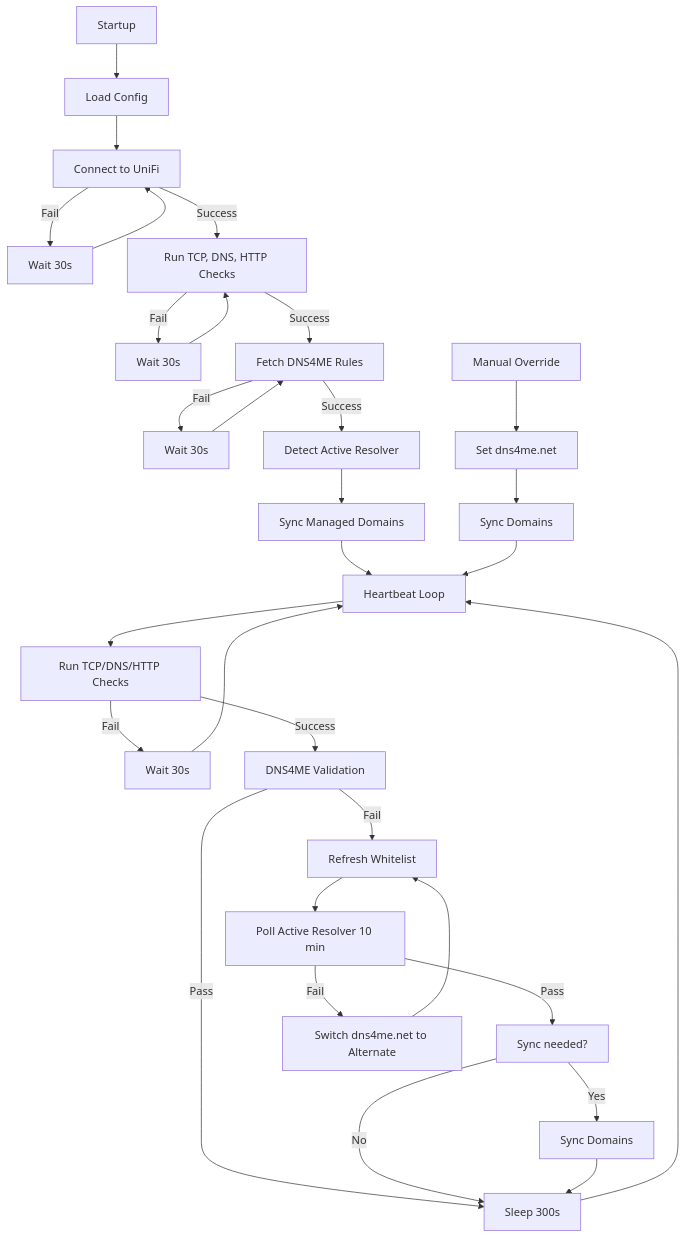
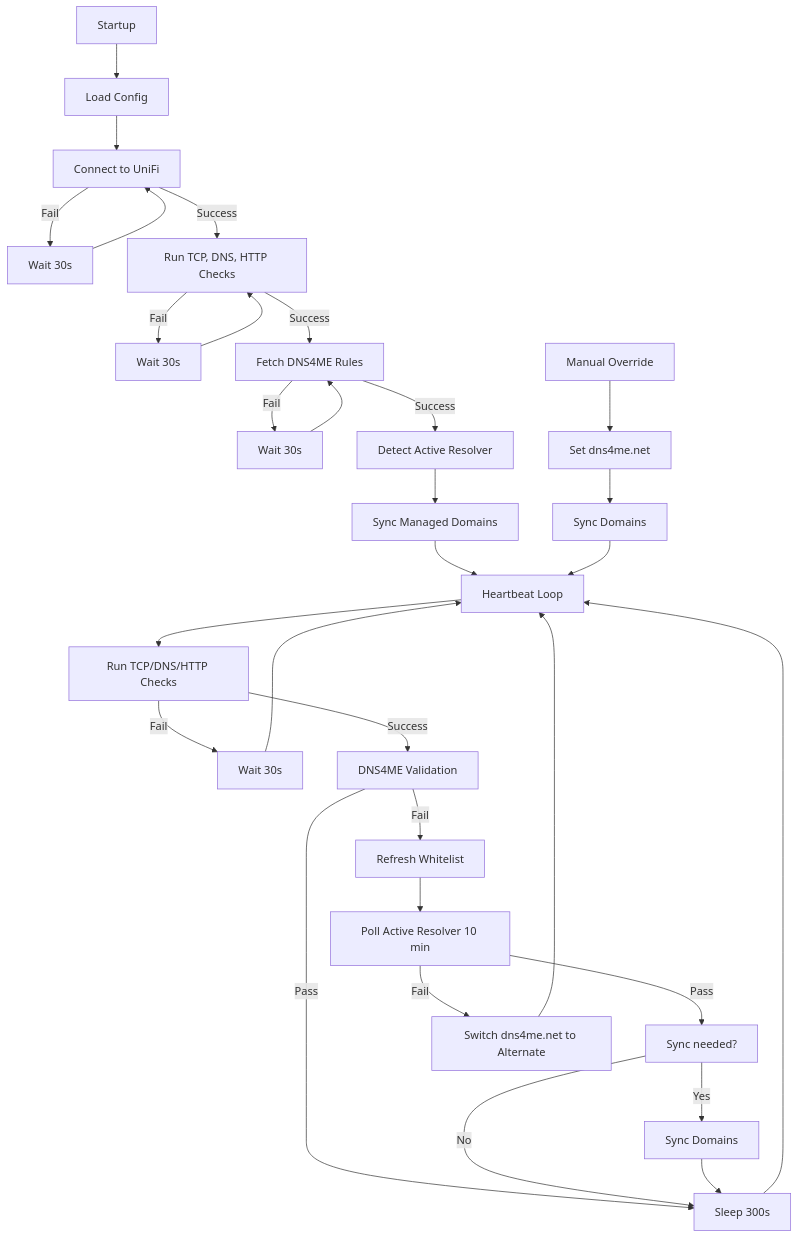
Before and after one commit to chill-uk/unifi-dns4me: the diagram in UniFi Sync & Failover Design.md, drawn with Mermaid. The commit also changed other lines of this file and 4 other files, not shown here.

Commit message:
refactor: improve heartbeat logic and resolver validation flow

````diff
--- a/UniFi Sync & Failover Design.md
+++ b/UniFi Sync & Failover Design.md
@@ -166,45 +165,45 @@
 ```mermaid
 flowchart TD
 
     %% STARTUP
     A[Startup] --> B[Load Config]
     B --> C[Connect to UniFi]
 
     C -->|Fail| C1[Wait 30s] --> C
     C -->|Success| D[Run TCP, DNS, HTTP Checks]
 
     D -->|Fail| D1[Wait 30s] --> D
     D -->|Success| E[Fetch DNS4ME Rules]
 
     E -->|Fail| E1[Wait 30s] --> E
     E -->|Success| F[Detect Active Resolver]
 
     F --> G[Sync Managed Domains]
     G --> H[Heartbeat Loop]
 
     %% HEARTBEAT
     H --> I[Run TCP/DNS/HTTP Checks]
 
     I -->|Fail| I1[Wait 30s] --> H
     I -->|Success| J[DNS4ME Validation]
 
     J -->|Pass| K[Sleep 300s] --> H
 
     J -->|Fail| L[Refresh Whitelist]
 
     %% VALIDATION LOOP
     L --> M[Poll Active Resolver 10 min]
 
     M -->|Pass| N[Sync needed?]
     N -->|No| K
     N -->|Yes| P[Sync Domains]
     P --> K
 
     M -->|Fail| O[Switch dns4me.net to Alternate]
-    O --> L
+    O --> H
 
     %% MANUAL
     X[Manual Override] --> Y[Set dns4me.net]
     Y --> Z[Sync Domains]
     Z --> H
 ```
````
